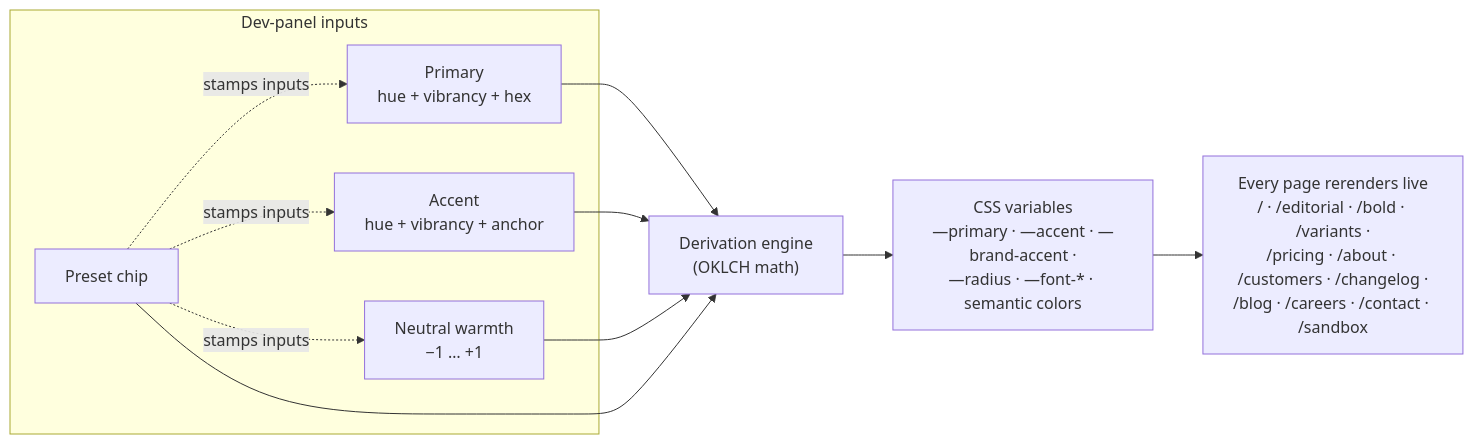
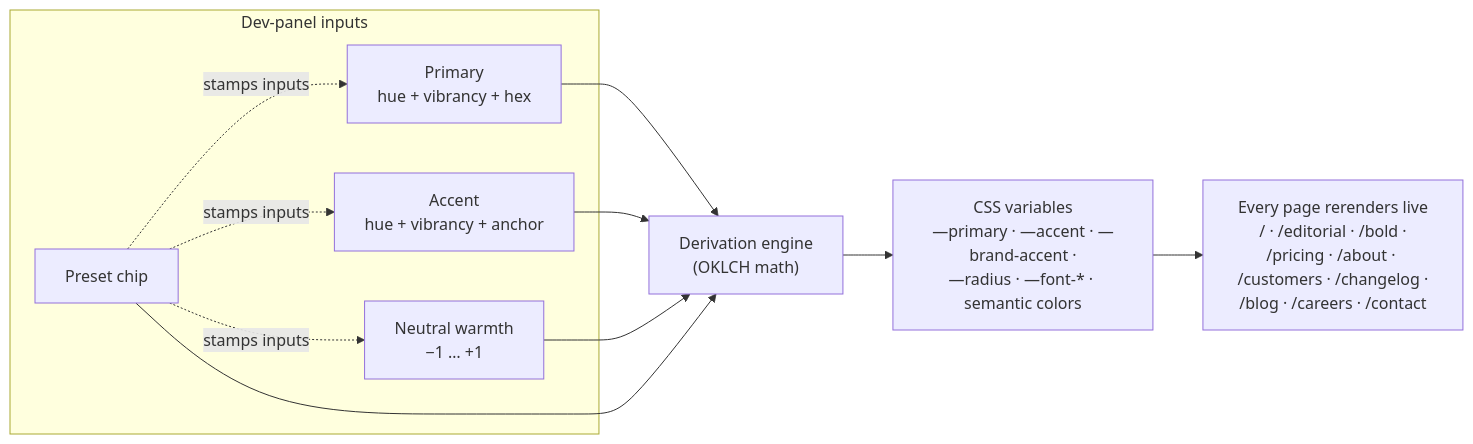
Before and after one commit to davidvictor/website-starter: the diagram in README.md, drawn with Mermaid. The commit also changed other lines of this file, not shown here.

````diff
--- a/README.md
+++ b/README.md
@@ -12,24 +12,24 @@
 ```mermaid
 flowchart LR
   subgraph Inputs[" Dev-panel inputs "]
     primary["Primary<br/>hue + vibrancy + hex"]
     accent["Accent<br/>hue + vibrancy + anchor"]
     warmth["Neutral warmth<br/>−1 … +1"]
     preset["Preset chip"]
   end
 
   derive["Derivation engine<br/>(OKLCH math)"]
   tokens["CSS variables<br/>—primary · —accent · —brand-accent ·<br/>—radius · —font-* · semantic colors"]
 
-  pages["Every page rerenders live<br/>/ · /editorial · /bold · /variants ·<br/>/pricing · /about · /customers · /changelog ·<br/>/blog · /careers · /contact · /sandbox"]
+  pages["Every page rerenders live<br/>/ · /editorial · /bold ·<br/>/pricing · /about · /customers · /changelog ·<br/>/blog · /careers · /contact"]
 
   primary --> derive
   accent --> derive
   warmth --> derive
   preset -.stamps inputs.-> primary
   preset -.stamps inputs.-> accent
   preset -.stamps inputs.-> warmth
   preset --> derive
   derive --> tokens
   tokens --> pages
 ```
````
